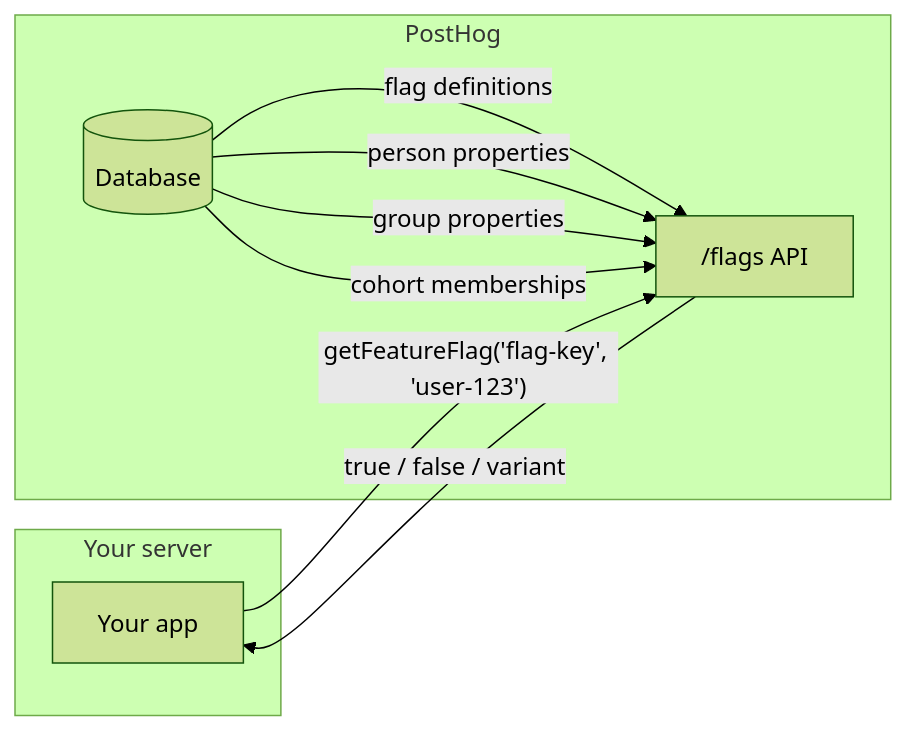
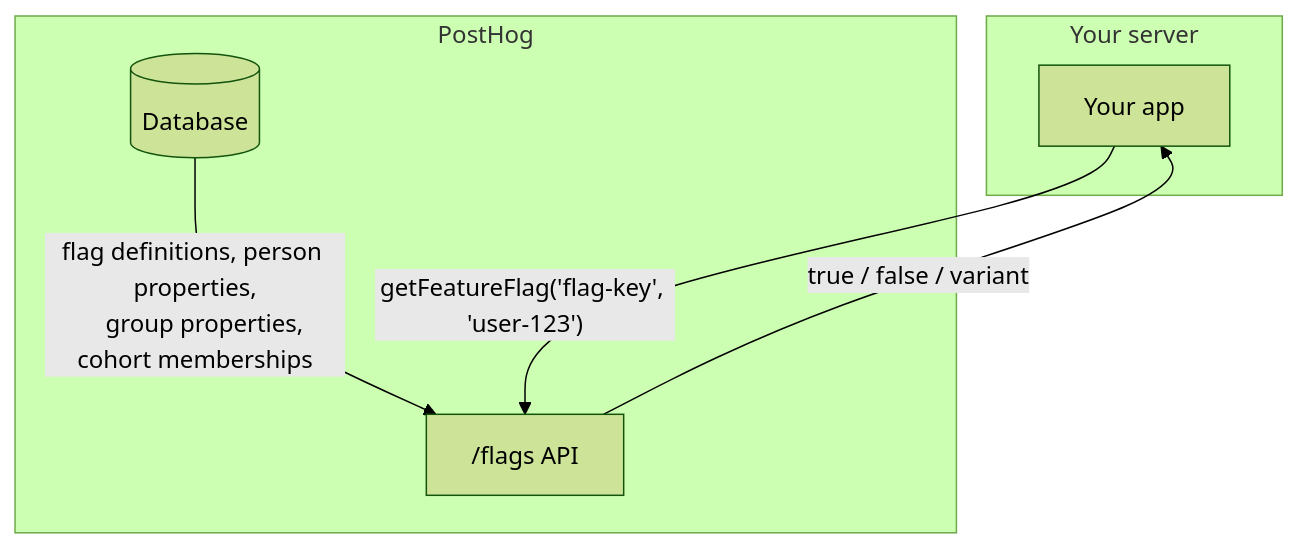
Before and after one commit to PostHog/posthog.com: the first of 2 diagrams in contents/docs/feature-flags/local-evaluation/index.mdx, drawn with Mermaid (forest theme). The commit also changed other lines of this file, not shown here.

Commit message:
Fix diagram layout and remove literal \n characters
Switch from LR to TD layout to prevent label overlap, consolidate
remote eval data sources into a single edge, simplify local eval labels.

````diff
--- a/contents/docs/feature-flags/local-evaluation/index.mdx
+++ b/contents/docs/feature-flags/local-evaluation/index.mdx
@@ -25,16 +25,14 @@
 ```mermaid
-flowchart LR
+flowchart TD
     subgraph your-server ["Your server"]
         app["Your app"]
     end
     subgraph posthog ["PostHog"]
+        db[("Database")]
         api["/flags API"]
-        db[("Database")]
     end
     app -- "getFeatureFlag('flag-key', 'user-123')" --> api
-    db -- "flag definitions" --> api
-    db -- "person properties" --> api
-    db -- "group properties" --> api
-    db -- "cohort memberships" --> api
+    db -- "flag definitions, person properties,
+    group properties, cohort memberships" --> api
     api -- "true / false / variant" --> app
 ```
````
